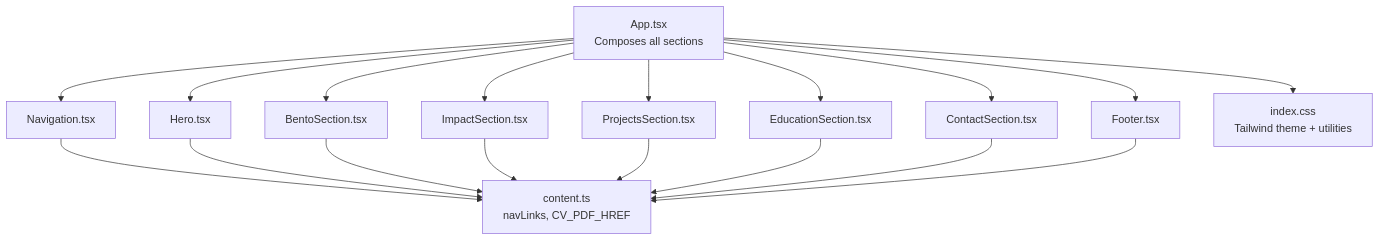
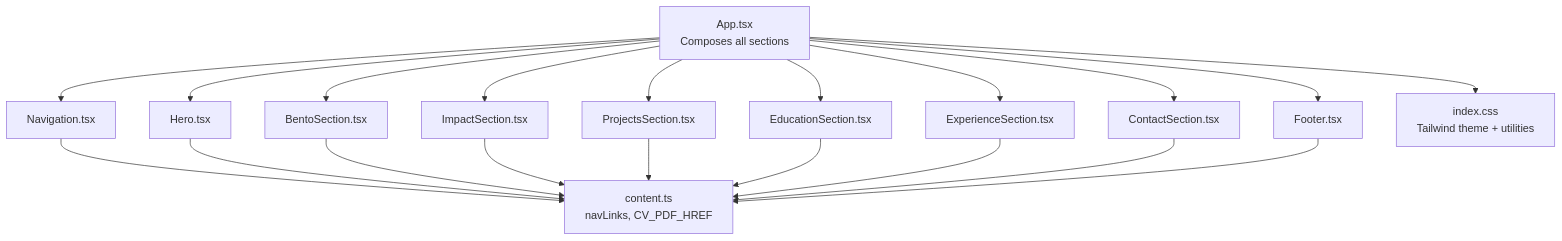
Before and after one commit to subash7781/Portfolio: the first of 12 diagrams in .qoder/repowiki/en/content/Component Library & UI Elements/Component Library & UI Elements.md, drawn with Mermaid. The commit also changed other lines of this file and 5 other files, not shown here.

````diff
--- a/.qoder/repowiki/en/content/Component Library & UI Elements/Component Library & UI Elements.md
+++ b/.qoder/repowiki/en/content/Component Library & UI Elements/Component Library & UI Elements.md
@@ -37,20 +38,22 @@
 ```mermaid
 graph TB
 App["App.tsx<br/>Composes all sections"] --> Nav["Navigation.tsx"]
 App --> Hero["Hero.tsx"]
 App --> Impact["ImpactSection.tsx"]
 App --> Bento["BentoSection.tsx"]
 App --> Projects["ProjectsSection.tsx"]
 App --> Education["EducationSection.tsx"]
+App --> Experience["ExperienceSection.tsx"]
 App --> Contact["ContactSection.tsx"]
 App --> Footer["Footer.tsx"]
 Nav --> Content["content.ts<br/>navLinks, CV_PDF_HREF"]
 Hero --> Content
 Bento --> Content
 Impact --> Content
 Projects --> Content
 Education --> Content
+Experience --> Content
 Contact --> Content
 Footer --> Content
 App --> CSS["index.css<br/>Tailwind theme + utilities"]
 ```
````
